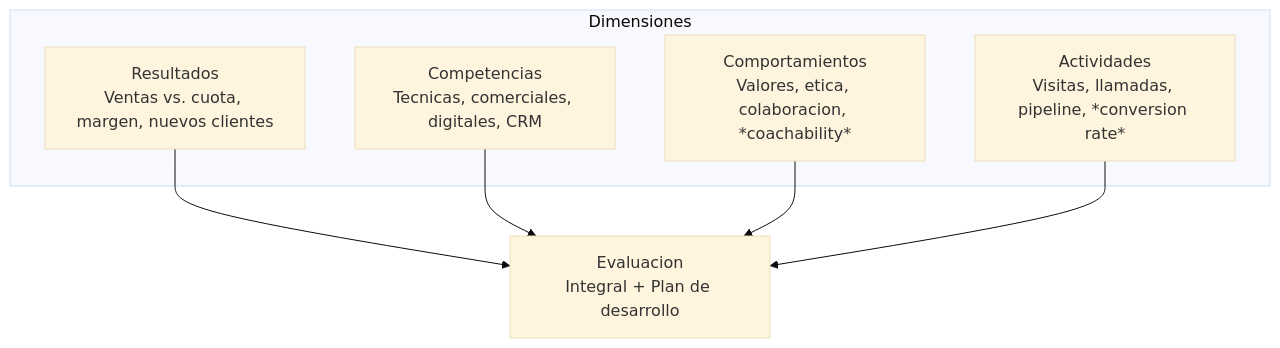
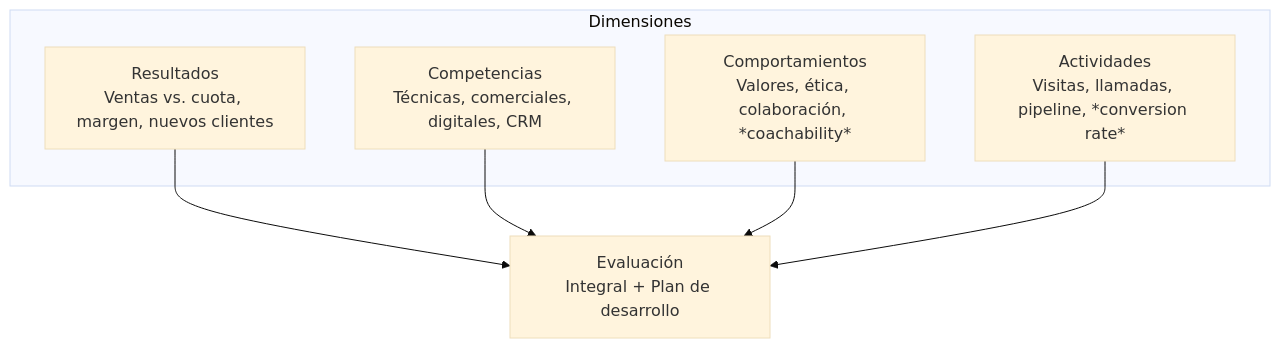
Before and after one commit to Mateo-404/AGI: the fourth of 4 diagrams in contenido/gestion-ventas/lecciones/l5-1.md, drawn with Mermaid (base theme). The commit also changed other lines of this file and 51 other files, not shown here.

First line of the commit message:
gestion-ventas: fix mermaid diagrams, referencias format, and interactive blocks

````diff
--- a/contenido/gestion-ventas/lecciones/l5-1.md
+++ b/contenido/gestion-ventas/lecciones/l5-1.md
@@ -105,10 +108,10 @@
-```mermaid Evaluacion 360grados ventas
+```mermaid Evaluación 360° ventas
 flowchart TD
   subgraph Dimensiones
     D1[Resultados<br/>Ventas vs. cuota, margen, nuevos clientes]
-    D2[Competencias<br/>Tecnicas, comerciales, digitales, CRM]
-    D3[Comportamientos<br/>Valores, etica, colaboracion, *coachability*]
+    D2[Competencias<br/>Técnicas, comerciales, digitales, CRM]
+    D3[Comportamientos<br/>Valores, ética, colaboración, *coachability*]
     D4[Actividades<br/>Visitas, llamadas, pipeline, *conversion rate*]
   end
-  D1 & D2 & D3 & D4 --> E[Evaluacion<br/>Integral + Plan de desarrollo]
+  D1 & D2 & D3 & D4 --> E[Evaluación<br/>Integral + Plan de desarrollo]
 ```
````
